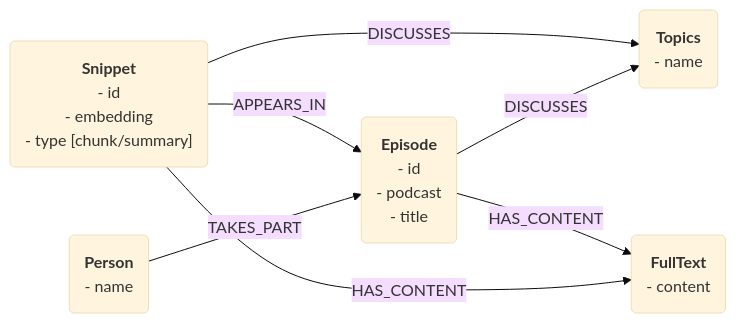
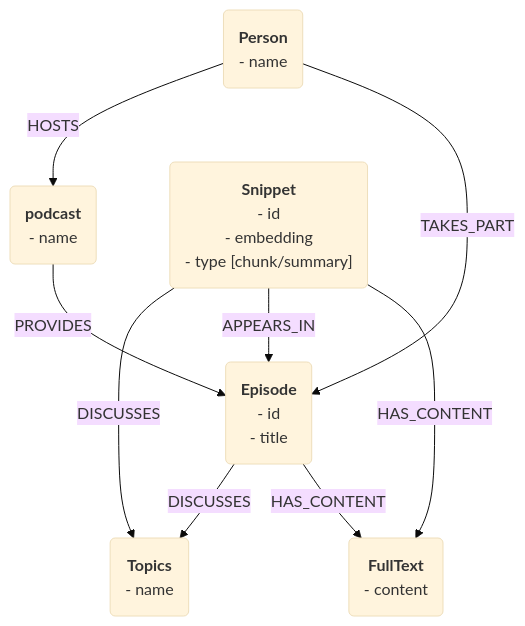
Before and after one commit to dmb23/tech-notes: the diagram in Project Ideas/podrag.md, drawn with Mermaid (base theme).

Commit message:
vault backup: 2025-01-07 15:57:53

````diff
--- a/Project Ideas/podrag.md
+++ b/Project Ideas/podrag.md
@@ -7,24 +7,28 @@
 ```mermaid
-flowchart LR
-	p("`**Person**
+flowchart
+	pn("`**Person**
+	- name
+	`")
+	pod("`**podcast**
 	- name
 	`")
 	t("`**Topics**
 	- name`")
 	e("`**Episode**
 	- id
-	- podcast
 	- title`")
 	s("`**Snippet**
 	- id
 	- embedding
 	- type [chunk/summary]`")
 	f("`**FullText**
 	- content`")
-	p -->|"`TAKES_PART`"| e
+	pn -->|"`HOSTS`"| pod
+	pn -->|"`TAKES_PART`"| e
+	pod -->|"`PROVIDES`"| e
 	e -->|"`DISCUSSES`"| t
 	s -->|"`DISCUSSES`"| t
 	s -->|"`APPEARS_IN`"| e
 	s -->|"`HAS_CONTENT`"| f
 	e -->|"`HAS_CONTENT`"| f
 ```
````
